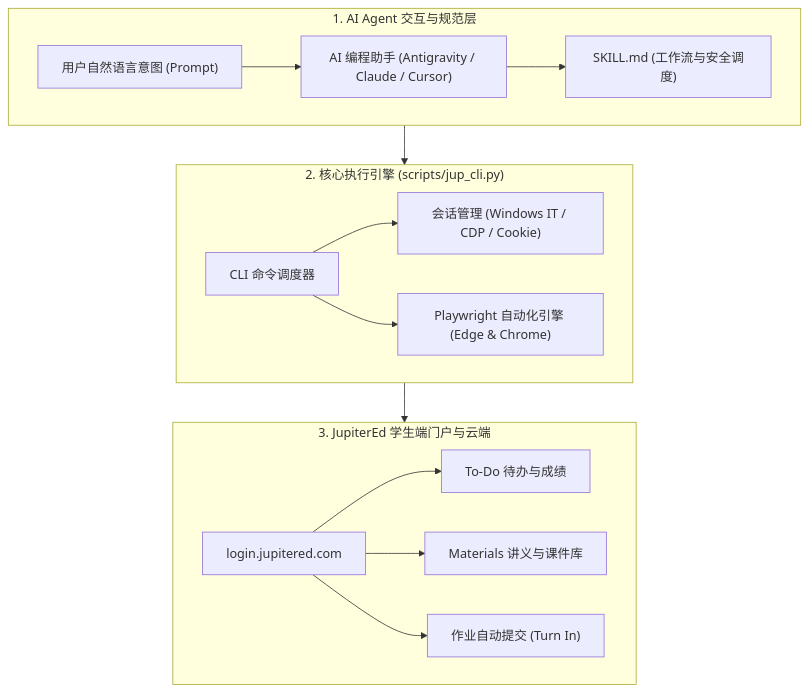
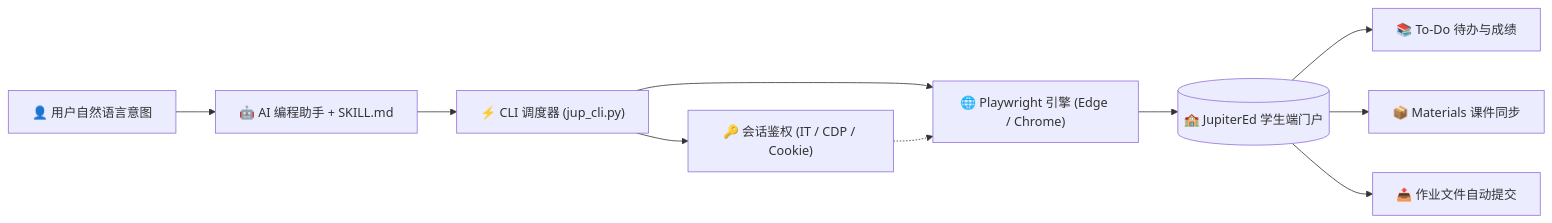
One commit to NMDX0721/jupitered-skills changed the diagram in README_zh.md. Above: the diagram before and after it, drawn with Mermaid. The commit also changed 1 other file, not shown here.

Commit message:
docs: use ultra-compact flat flowchart LR to eliminate giant boxes

````diff
--- a/README_zh.md
+++ b/README_zh.md
@@ -58,31 +58,12 @@
 ```mermaid
-flowchart TD
-    subgraph S1 ["1. AI Agent 交互与规范层"]
-        direction LR
-        Prompt["用户自然语言意图 (Prompt)"] --> Agent["AI 编程助手 (Antigravity / Claude / Cursor)"]
-        Agent --> Skill["SKILL.md (工作流与安全调度)"]
-    end
-
-    subgraph S2 ["2. 核心执行引擎 (scripts/jup_cli.py)"]
-        direction LR
-        CLI["CLI 命令调度器"]
-        Auth["会话管理 (Windows IT / CDP / Cookie)"]
-        Browser["Playwright 自动化引擎 (Edge & Chrome)"]
-        CLI --> Auth
-        CLI --> Browser
-    end
-
-    subgraph S3 ["3. JupiterEd 学生端门户与云端"]
-        direction LR
-        Portal["login.jupitered.com"]
-        ToDo["To-Do 待办与成绩"]
-        Mat["Materials 讲义与课件库"]
-        TurnIn["作业自动提交 (Turn In)"]
-        Portal --> ToDo
-        Portal --> Mat
-        Portal --> TurnIn
-    end
-
-    Skill --> CLI
-    Browser --> Portal
+flowchart LR
+    User["👤 用户自然语言意图"] --> Agent["🤖 AI 编程助手 + SKILL.md"]
+    Agent --> CLI["⚡ CLI 调度器 (jup_cli.py)"]
+    CLI --> Auth["🔑 会话鉴权 (IT / CDP / Cookie)"]
+    CLI --> Browser["🌐 Playwright 引擎 (Edge / Chrome)"]
+    Auth -.-> Browser
+    Browser --> Portal[("🏫 JupiterEd 学生端门户")]
+    Portal --> ToDo["📚 To-Do 待办与成绩"]
+    Portal --> Mat["📦 Materials 课件同步"]
+    Portal --> TurnIn["📤 作业文件自动提交"]
 ```
````
